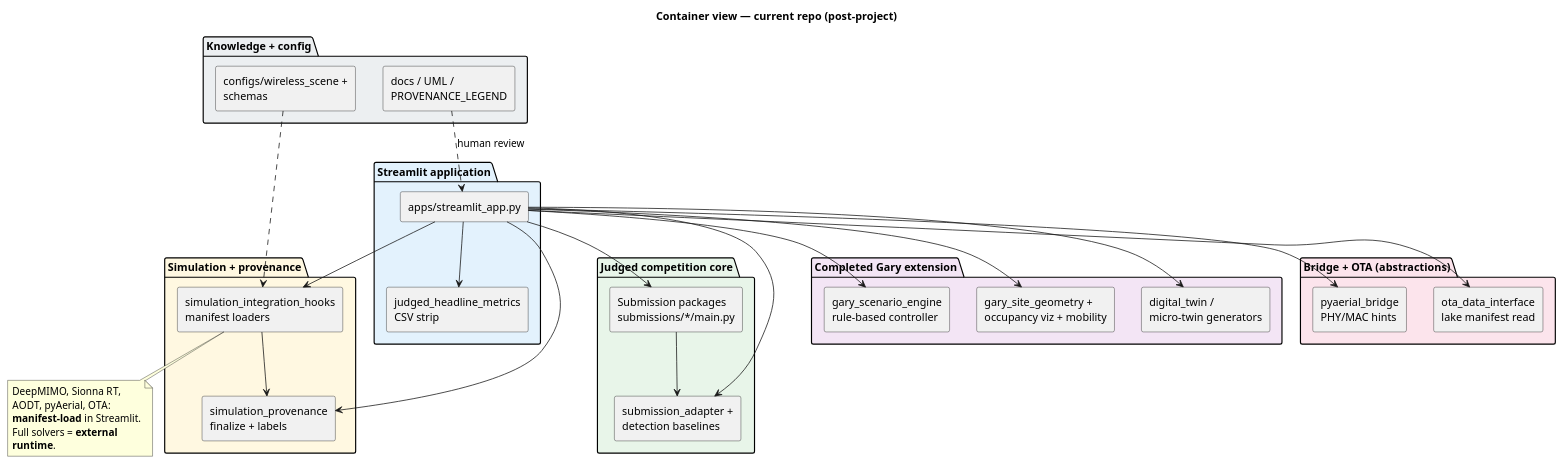
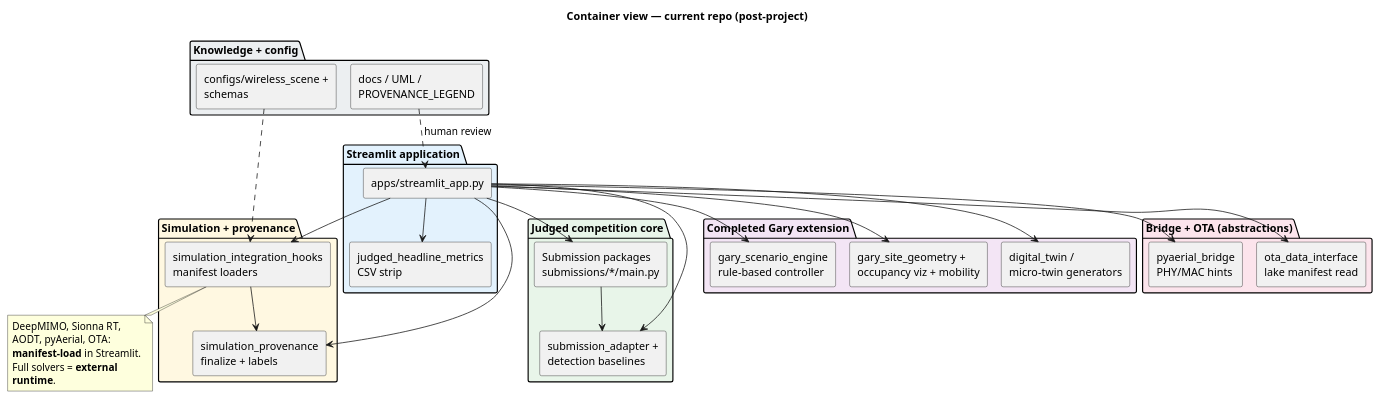
Before and after one commit to gunnchOS3k/spectrumx-ai-ran-gary: the diagram in docs/uml/container_view_current.puml, drawn with PlantUML. The commit also changed 65 other files, not shown here.

First line of the commit message:
docs(uml): GitHub-visible architecture pack with SVG and index structure

```diff
--- a/docs/uml/container_view_current.puml
+++ b/docs/uml/container_view_current.puml
@@ -1,59 +1,61 @@
 @startuml container_view_current
+' Layout without system Graphviz (GitHub-friendly render)
+!pragma layout smetana
 title Container view — current repo (post-project)
 
 skinparam componentStyle rectangle
 skinparam wrapWidth 180
 
 package "Judged competition core" #E8F5E9 {
   [Submission packages\nsubmissions/*/main.py] as sub
   [submission_adapter +\ndetection baselines] as detcore
 }
 
 package "Streamlit application" #E3F2FD {
   [apps/streamlit_app.py] as st
   [judged_headline_metrics\nCSV strip] as jhm
 }
 
 package "Completed Gary extension" #F3E5F5 {
   [gary_scenario_engine\nrule-based controller] as gse
   [gary_site_geometry +\noccupancy viz + mobility] as geom
   [digital_twin /\nmicro-twin generators] as dt
 }
 
 package "Simulation + provenance" #FFF8E1 {
   [simulation_integration_hooks\nmanifest loaders] as hooks
   [simulation_provenance\nfinalize + labels] as prov
 }
 
 package "Bridge + OTA (abstractions)" #FCE4EC {
   [pyaerial_bridge\nPHY/MAC hints] as pyb
   [ota_data_interface\nlake manifest read] as ota
 }
 
 package "Knowledge + config" #ECEFF1 {
   [docs / UML /\nPROVENANCE_LEGEND] as docs
   [configs/wireless_scene +\nschemas] as cfg
 }
 
 sub --> detcore
 st --> sub
 st --> detcore
 st --> jhm
 st --> gse
 st --> geom
 st --> dt
 st --> hooks
 hooks --> prov
 st --> prov
 st --> pyb
 st --> ota
 docs ..> st : human review
 cfg ..> hooks
 
 note bottom of hooks
   DeepMIMO, Sionna RT, AODT, pyAerial, OTA:
   **manifest-load** in Streamlit.
   Full solvers = **external runtime**.
 end note
 
 @enduml
```
